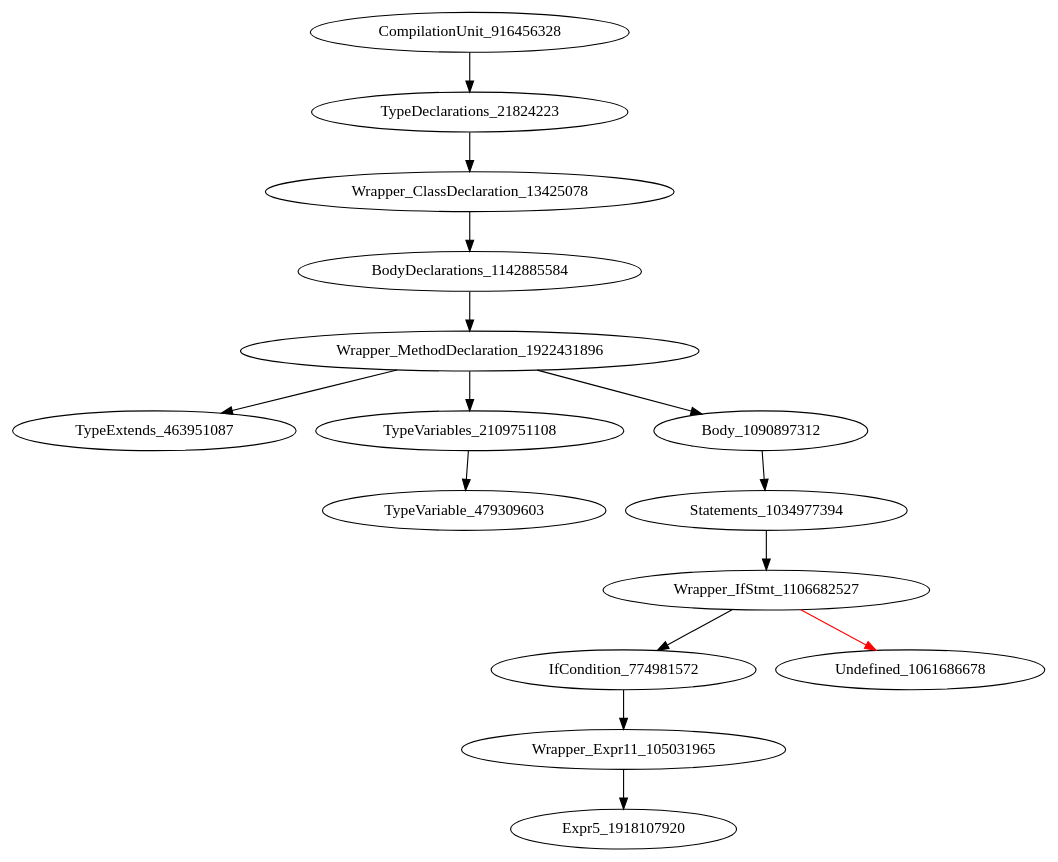
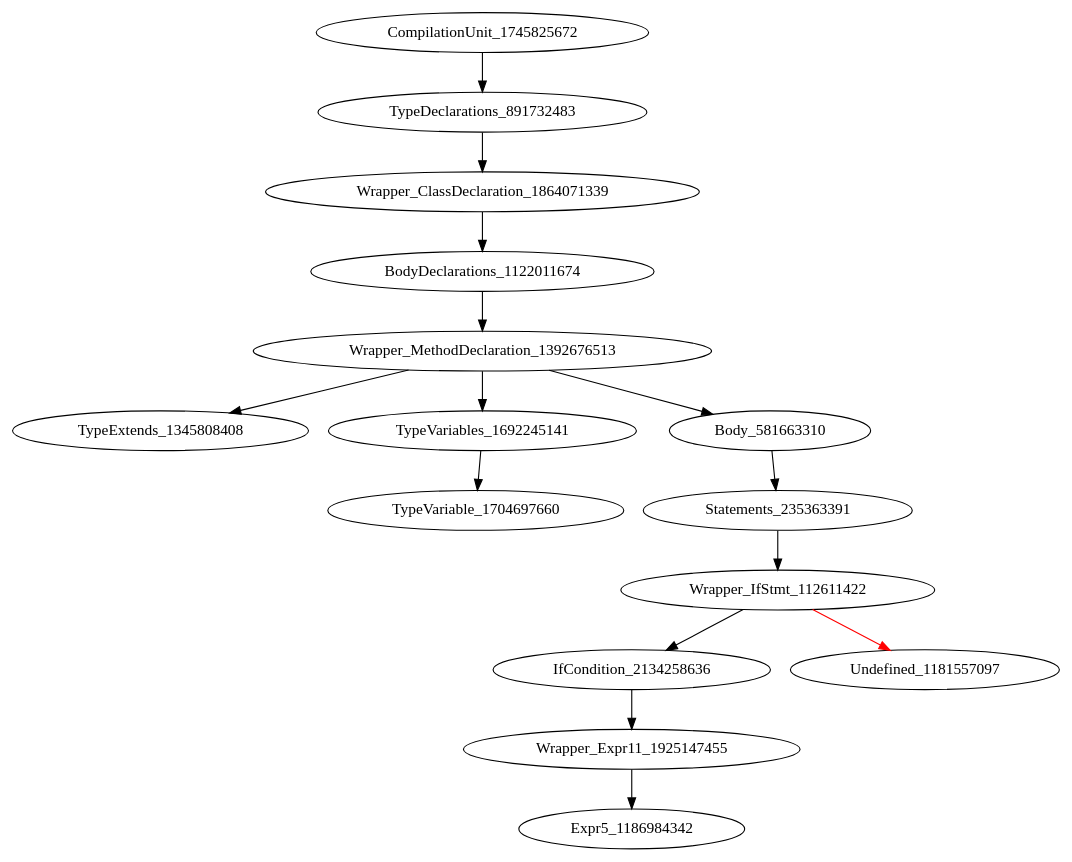
The diagram in holeAST.dot (icse2023material/VoiceJava), drawn with Graphviz before and after one commit. The commit also changed 5 other files, not shown here.

```diff
--- a/holeAST.dot
+++ b/holeAST.dot
@@ -1,16 +1,16 @@
 digraph {
-CompilationUnit_916456328 -> TypeDeclarations_21824223
-TypeDeclarations_21824223 -> Wrapper_ClassDeclaration_13425078
-Wrapper_ClassDeclaration_13425078 -> BodyDeclarations_1142885584
-BodyDeclarations_1142885584 -> Wrapper_MethodDeclaration_1922431896
-Wrapper_MethodDeclaration_1922431896 -> TypeExtends_463951087
-Wrapper_MethodDeclaration_1922431896 -> TypeVariables_2109751108
-Wrapper_MethodDeclaration_1922431896 -> Body_1090897312
-TypeVariables_2109751108 -> TypeVariable_479309603
-Body_1090897312 -> Statements_1034977394
-Statements_1034977394 -> Wrapper_IfStmt_1106682527
-Wrapper_IfStmt_1106682527 -> IfCondition_774981572
-Wrapper_IfStmt_1106682527 -> Undefined_1061686678 [color = red] 
-IfCondition_774981572 -> Wrapper_Expr11_105031965
-Wrapper_Expr11_105031965 -> Expr5_1918107920
+CompilationUnit_1745825672 -> TypeDeclarations_891732483
+TypeDeclarations_891732483 -> Wrapper_ClassDeclaration_1864071339
+Wrapper_ClassDeclaration_1864071339 -> BodyDeclarations_1122011674
+BodyDeclarations_1122011674 -> Wrapper_MethodDeclaration_1392676513
+Wrapper_MethodDeclaration_1392676513 -> TypeExtends_1345808408
+Wrapper_MethodDeclaration_1392676513 -> TypeVariables_1692245141
+Wrapper_MethodDeclaration_1392676513 -> Body_581663310
+TypeVariables_1692245141 -> TypeVariable_1704697660
+Body_581663310 -> Statements_235363391
+Statements_235363391 -> Wrapper_IfStmt_112611422
+Wrapper_IfStmt_112611422 -> IfCondition_2134258636
+Wrapper_IfStmt_112611422 -> Undefined_1181557097 [color = red] 
+IfCondition_2134258636 -> Wrapper_Expr11_1925147455
+Wrapper_Expr11_1925147455 -> Expr5_1186984342
 }
```
